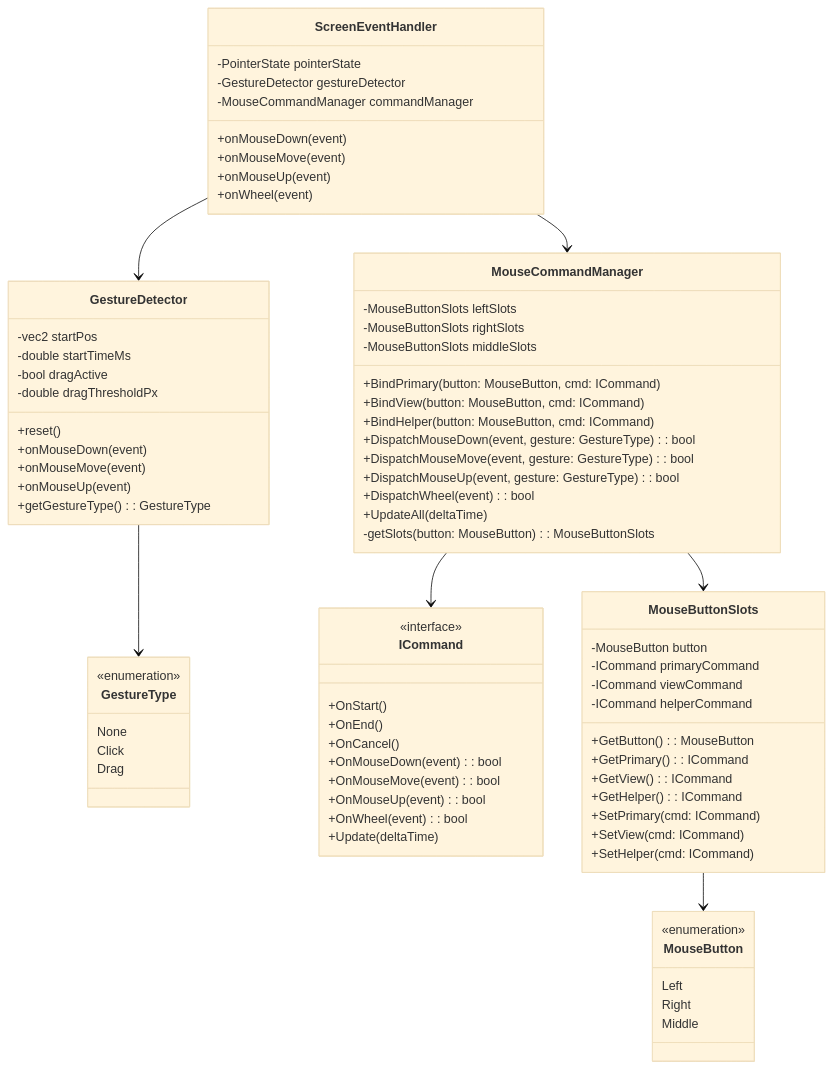
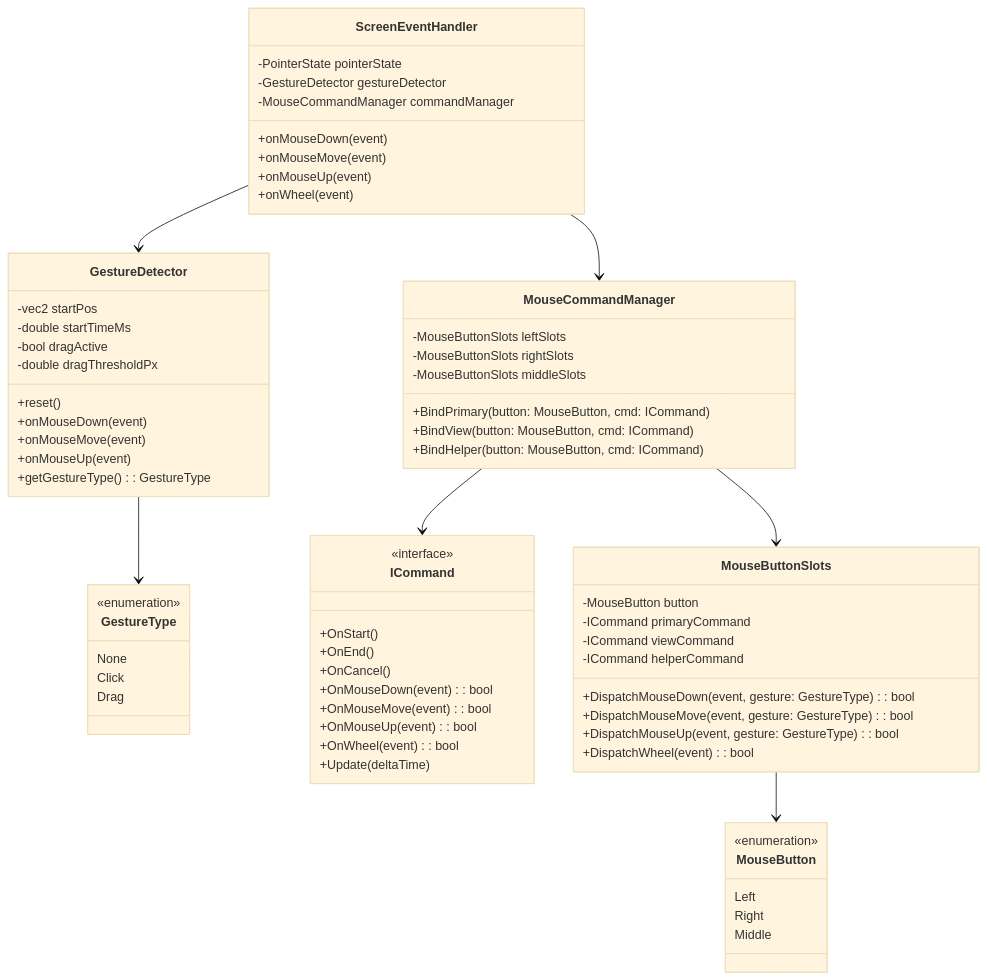
One commit to vfa-khaidt1/vfa-cdn changed the first of 3 diagrams in GraphV5.md. Above: the diagram before and after it, drawn with Mermaid (base theme).

```diff
--- a/GraphV5.md
+++ b/GraphV5.md
@@ -53,13 +53,10 @@
         -ICommand primaryCommand
         -ICommand viewCommand
         -ICommand helperCommand
-        +GetButton(): MouseButton
-        +GetPrimary(): ICommand
-        +GetView(): ICommand
-        +GetHelper(): ICommand
-        +SetPrimary(cmd: ICommand)
-        +SetView(cmd: ICommand)
-        +SetHelper(cmd: ICommand)
+        +DispatchMouseDown(event, gesture: GestureType): bool
+        +DispatchMouseMove(event, gesture: GestureType): bool
+        +DispatchMouseUp(event, gesture: GestureType): bool
+        +DispatchWheel(event): bool
     }
 
     class MouseCommandManager {
@@ -69,12 +66,6 @@
         +BindPrimary(button: MouseButton, cmd: ICommand)
         +BindView(button: MouseButton, cmd: ICommand)
         +BindHelper(button: MouseButton, cmd: ICommand)
-        +DispatchMouseDown(event, gesture: GestureType): bool
-        +DispatchMouseMove(event, gesture: GestureType): bool
-        +DispatchMouseUp(event, gesture: GestureType): bool
-        +DispatchWheel(event): bool
-        +UpdateAll(deltaTime)
-        -getSlots(button: MouseButton): MouseButtonSlots
     }
 
     ScreenEventHandler --> GestureDetector
```
